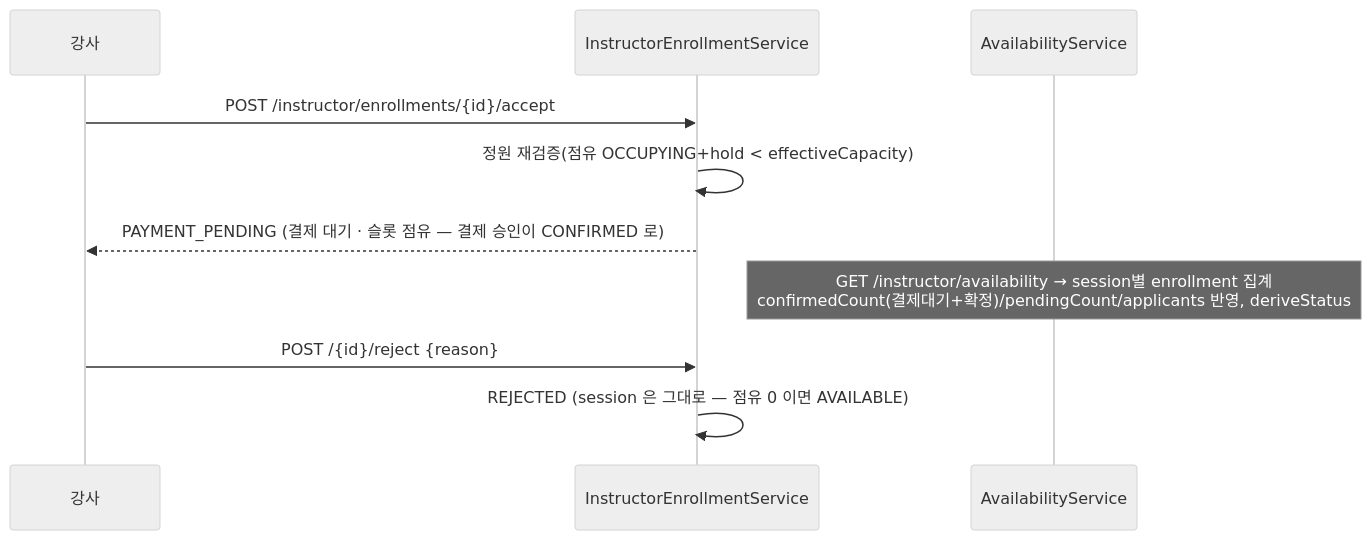
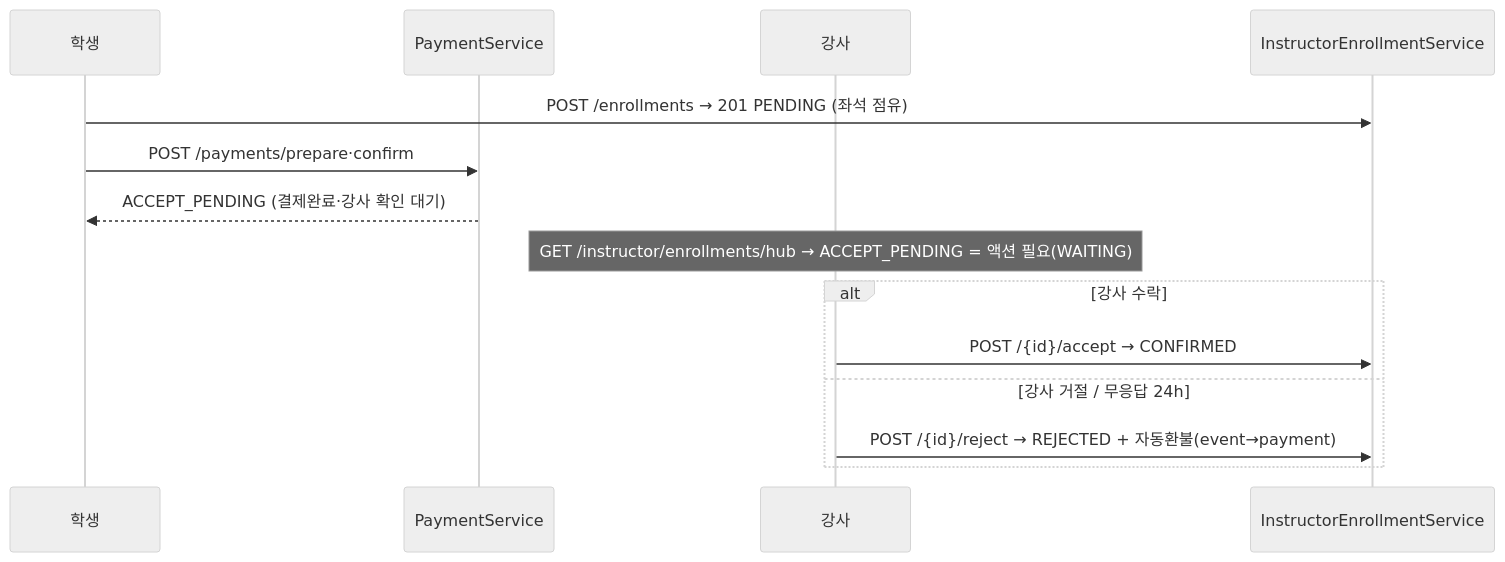
The third of 4 diagrams in docs/architecture/enrollment.md (pungdong/Pungdong-Backend), drawn with Mermaid (neutral theme) before and after one commit. The commit also changed other lines of this file and 8 other files, not shown here.

````diff
--- a/docs/architecture/enrollment.md
+++ b/docs/architecture/enrollment.md
@@ -64,13 +82,17 @@
 ```mermaid
 sequenceDiagram
+  participant S as 학생
+  participant P as PaymentService
   participant I as 강사
   participant IES as InstructorEnrollmentService
-  participant AV as AvailabilityService
 
-  I->>IES: POST /instructor/enrollments/{id}/accept
-  IES->>IES: 정원 재검증(점유 OCCUPYING+hold < effectiveCapacity)
-  IES-->>I: PAYMENT_PENDING (결제 대기 · 슬롯 점유 — 결제 승인이 CONFIRMED 로)
-  Note over AV: GET /instructor/availability → session별 enrollment 집계<br/>confirmedCount(결제대기+확정)/pendingCount/applicants 반영, deriveStatus
-  I->>IES: POST /{id}/reject {reason}
-  IES->>IES: REJECTED (session 은 그대로 — 점유 0 이면 AVAILABLE)
+  S->>IES: POST /enrollments  → 201 PENDING (좌석 점유)
+  S->>P: POST /payments/prepare·confirm
+  P-->>S: ACCEPT_PENDING (결제완료·강사 확인 대기)
+  Note over I: GET /instructor/enrollments/hub → ACCEPT_PENDING = 액션 필요(WAITING)
+  alt 강사 수락
+    I->>IES: POST /{id}/accept → CONFIRMED
+  else 강사 거절 / 무응답 24h
+    I->>IES: POST /{id}/reject → REJECTED + 자동환불(event→payment)
+  end
 ```
````
